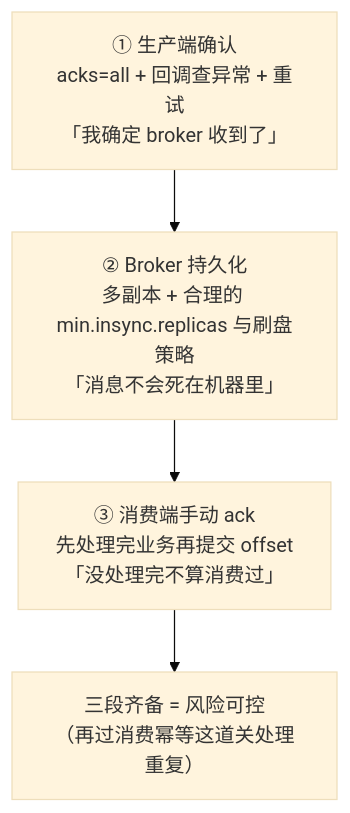
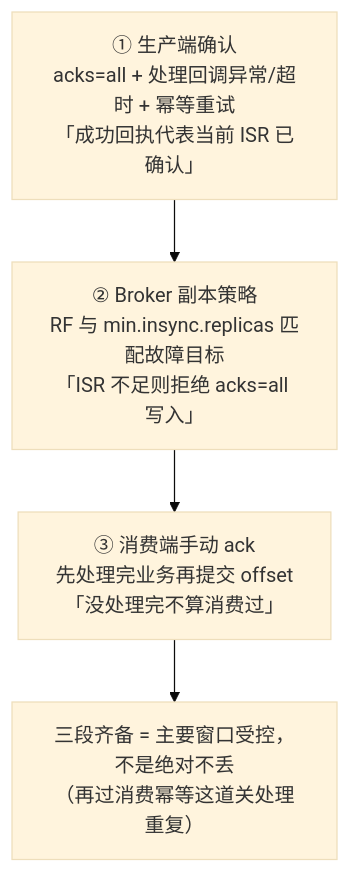
The sixth of 6 diagrams in docs/03-阶段三-数据持久化与中间件/05-消息队列.md (CrazyForks/java-full-stack), drawn with Mermaid (base theme) before and after one commit. The commit also changed other lines of this file and 58 other files, not shown here.

````diff
--- a/docs/03-阶段三-数据持久化与中间件/05-消息队列.md
+++ b/docs/03-阶段三-数据持久化与中间件/05-消息队列.md
@@ -250,6 +258,6 @@
 ```mermaid
 flowchart TD
-    P["① 生产端确认<br/>acks=all + 回调查异常 + 重试<br/>「我确定 broker 收到了」"] --> B["② Broker 持久化<br/>多副本 + 合理的 min.insync.replicas 与刷盘策略<br/>「消息不会死在机器里」"]
+    P["① 生产端确认<br/>acks=all + 处理回调异常/超时 + 幂等重试<br/>「成功回执代表当前 ISR 已确认」"] --> B["② Broker 副本策略<br/>RF 与 min.insync.replicas 匹配故障目标<br/>「ISR 不足则拒绝 acks=all 写入」"]
     B --> C["③ 消费端手动 ack<br/>先处理完业务再提交 offset<br/>「没处理完不算消费过」"]
-    C --> D["三段齐备 = 风险可控<br/>（再过消费幂等这道关处理重复）"]
+    C --> D["三段齐备 = 主要窗口受控，不是绝对不丢<br/>（再过消费幂等这道关处理重复）"]
 ```
````
